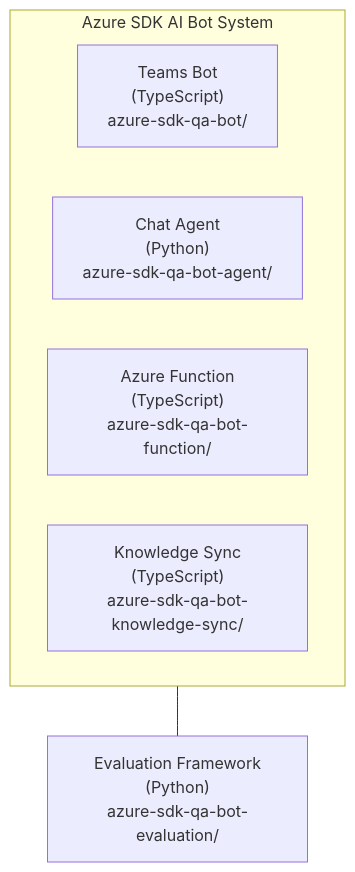
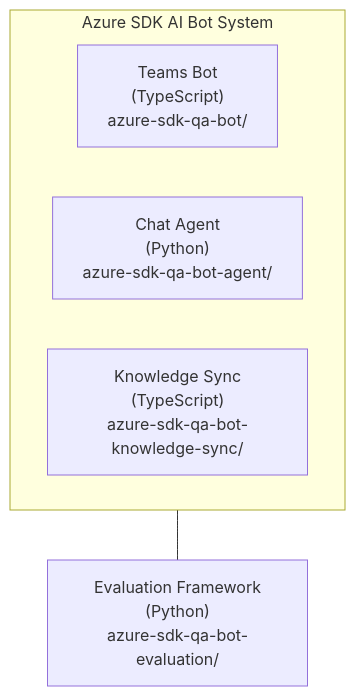
One commit to Azure/azure-sdk-tools changed the diagram in tools/sdk-ai-bots/README.md. Above: the diagram before and after it, drawn with Mermaid. The commit also changed other lines of this file and 19 other files, not shown here.

````diff
--- a/tools/sdk-ai-bots/README.md
+++ b/tools/sdk-ai-bots/README.md
@@ -9,12 +9,11 @@
 ```mermaid
 flowchart TB
     subgraph system["Azure SDK AI Bot System"]
         direction LR
         teams["Teams Bot<br/>(TypeScript)<br/>azure-sdk-qa-bot/"]
         agent["Chat Agent<br/>(Python)<br/>azure-sdk-qa-bot-agent/"]
-        func["Azure Function<br/>(TypeScript)<br/>azure-sdk-qa-bot-function/"]
         sync["Knowledge Sync<br/>(TypeScript)<br/>azure-sdk-qa-bot-knowledge-sync/"]
     end
     eval["Evaluation Framework<br/>(Python)<br/>azure-sdk-qa-bot-evaluation/"]
     system --- eval
 ```
````
